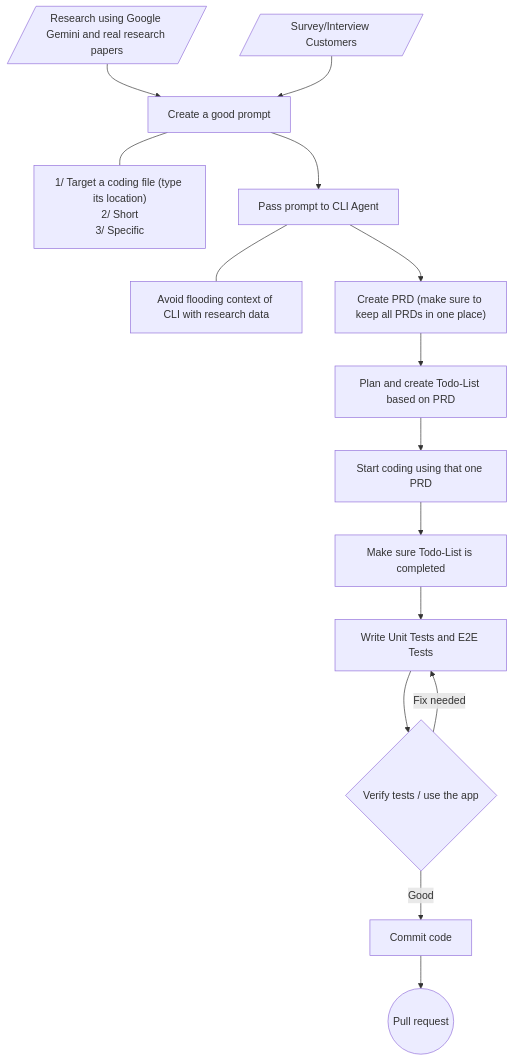
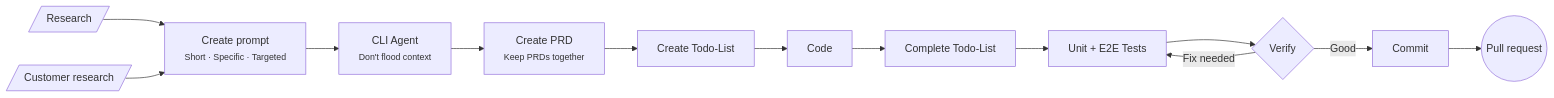
The diagram in README.md (wentallout/wentallout), drawn with Mermaid before and after one commit. The commit also changed other lines of this file, not shown here.

````diff
--- a/README.md
+++ b/README.md
@@ -27,42 +27,16 @@
 ```mermaid
-graph TD
-    A[/Research using Google Gemini and real research papers/]
-    B[/Survey/Interview Customers/]
-    
-    C["Create a good prompt"]
-    C_Note["1/ Target a coding file (type its location)<br>2/ Short<br>3/ Specific"]
-    
-    D["Pass prompt to CLI Agent"]
-    D_Note["Avoid flooding context of CLI with research data"]
-    
-    E["Create PRD (make sure to keep all PRDs in one place)"]
-    F["Plan and create Todo-List based on PRD"]
-    G["Start coding using that one PRD"]
-    H["Make sure Todo-List is completed"]
-    I["Write Unit Tests and E2E Tests"]
-    
-    J{"Verify tests / use the app"}
-    
-    K["Commit code"]
-    L(("Pull request"))
+graph LR
+    A[/Research/] --> C["Create prompt<br><small>Short · Specific · Targeted</small>"]
+    B[/Customer research/] --> C
 
-    %% Connections
-    A --> C
-    B --> C
-    C --- C_Note
-    
-    C --> D
-    D --- D_Note
-    
-    D --> E
-    E --> F
-    F --> G
-    G --> H
-    H --> I
-    I --> J
-    
-    J -->|Good| K
+    C --> D["CLI Agent<br><small>Don't flood context</small>"]
+    D --> E["Create PRD<br><small>Keep PRDs together</small>"]
+    E --> F["Create Todo-List"]
+    F --> G["Code"]
+    G --> H["Complete Todo-List"]
+    H --> I["Unit + E2E Tests"]
+    I --> J{"Verify"}
+    J -->|Good| K["Commit"]
+    K --> L(("Pull request"))
     J -->|Fix needed| I
-    
-    K --> L
 ```
````
